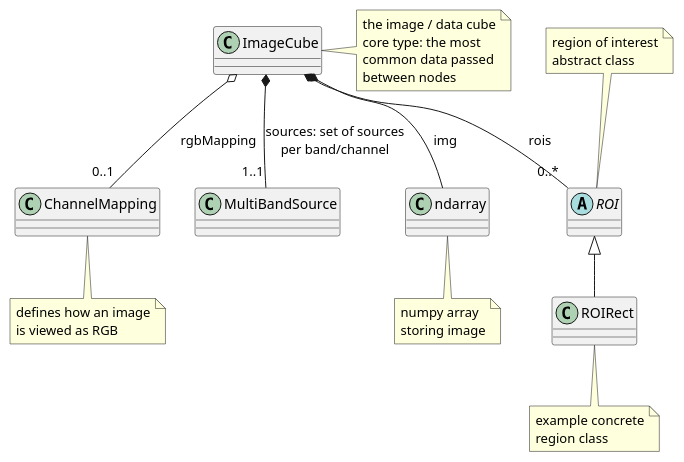
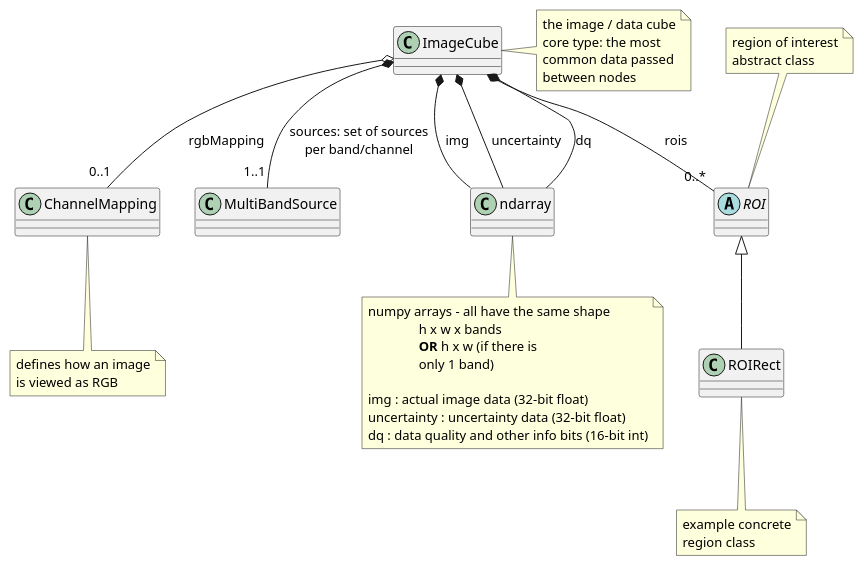
One commit to AU-ExoMars/PCOT changed the diagram in docs/image.plantuml. Above: the diagram before and after it, drawn with PlantUML. The commit also changed 13 other files, not shown here.

```diff
--- a/docs/image.plantuml
+++ b/docs/image.plantuml
@@ -1,45 +1,53 @@
 @startuml
 skinparam classAttributeIconSize 0
 
 abstract class ROI {
 }
 
 note top of ROI
 region of interest
 abstract class
 end note
 
 class ROIRect extends ROI {
 }
 note bottom of ROIRect
 example concrete
 region class
 end note
 
 class ChannelMapping {
 }
 note bottom of ChannelMapping
 defines how an image
 is viewed as RGB
 end note
 
 class ImageCube {
 }
 note right of ImageCube
 the image / data cube
 core type: the most
 common data passed
 between nodes
 end note
 
 ImageCube *-- "1..1" MultiBandSource: "sources: set of sources\nper band/channel"
 ImageCube o-- "0..1" ChannelMapping: rgbMapping
 ImageCube *-- ndarray : img
+ImageCube *-- ndarray : uncertainty
+ImageCube *-- ndarray : dq
 ImageCube *-- "0..*" ROI : rois
 
 note bottom of ndarray
-numpy array 
-storing image
+numpy arrays - all have the same shape
+               h x w x bands
+               **OR** h x w (if there is
+               only 1 band)
+
+img : actual image data (32-bit float)
+uncertainty : uncertainty data (32-bit float)
+dq : data quality and other info bits (16-bit int)
 end note
 
 @enduml
```
